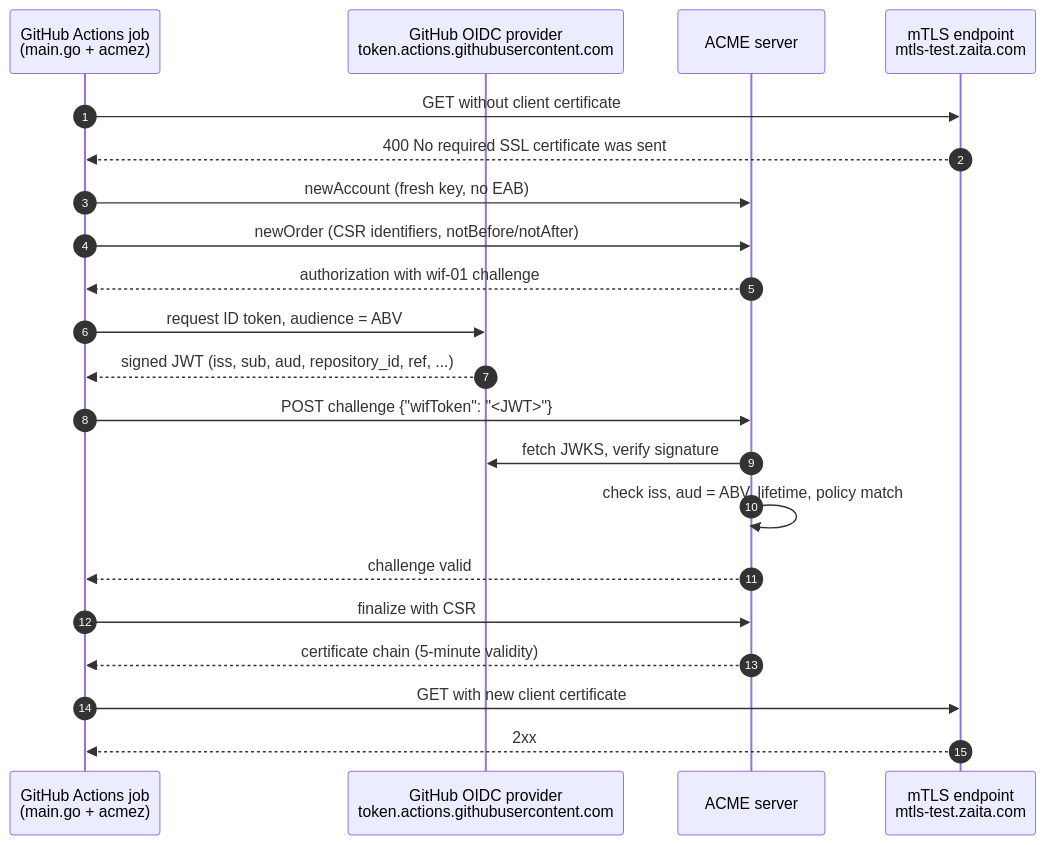
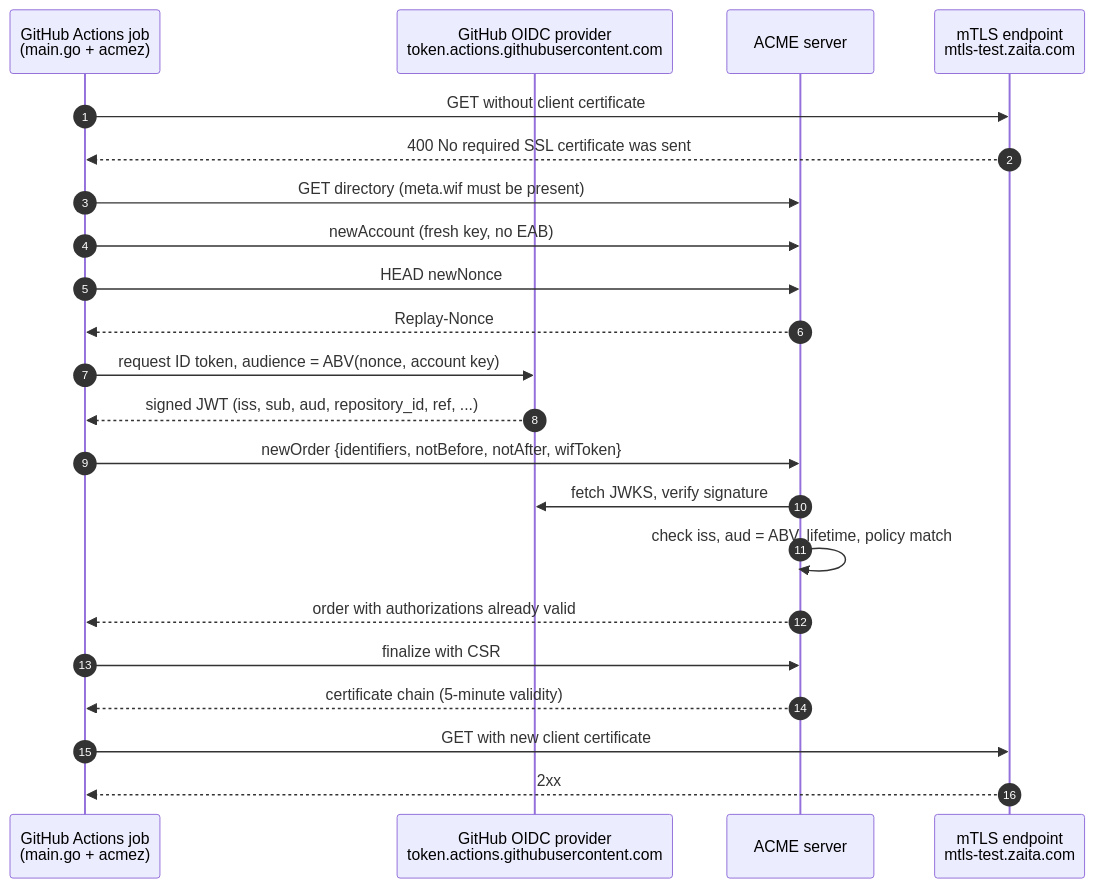
Before and after one commit to Zaita/rasmussen-acme-wif-example: the diagram in README.md, drawn with Mermaid. The commit also changed other lines of this file and 2 other files, not shown here.

Commit message:
CHG: Supporting rasmussen-acme-wif-01 changes

````diff
--- a/README.md
+++ b/README.md
@@ -52,24 +65,25 @@
 ```mermaid
 sequenceDiagram
     autonumber
     participant Job as GitHub Actions job<br/>(main.go + acmez)
     participant GH as GitHub OIDC provider<br/>token.actions.githubusercontent.com
     participant CA as ACME server
     participant App as mTLS endpoint<br/>mtls-test.zaita.com
 
     Job->>App: GET without client certificate
     App-->>Job: 400 No required SSL certificate was sent
+    Job->>CA: GET directory (meta.wif must be present)
     Job->>CA: newAccount (fresh key, no EAB)
-    Job->>CA: newOrder (CSR identifiers, notBefore/notAfter)
-    CA-->>Job: authorization with wif-01 challenge
-    Job->>GH: request ID token, audience = ABV
+    Job->>CA: HEAD newNonce
+    CA-->>Job: Replay-Nonce
+    Job->>GH: request ID token, audience = ABV(nonce, account key)
     GH-->>Job: signed JWT (iss, sub, aud, repository_id, ref, ...)
-    Job->>CA: POST challenge {"wifToken": "<JWT>"}
+    Job->>CA: newOrder {identifiers, notBefore, notAfter, wifToken}
     CA->>GH: fetch JWKS, verify signature
     CA->>CA: check iss, aud = ABV, lifetime, policy match
-    CA-->>Job: challenge valid
+    CA-->>Job: order with authorizations already valid
     Job->>CA: finalize with CSR
     CA-->>Job: certificate chain (5-minute validity)
     Job->>App: GET with new client certificate
     App-->>Job: 2xx
 ```
````
